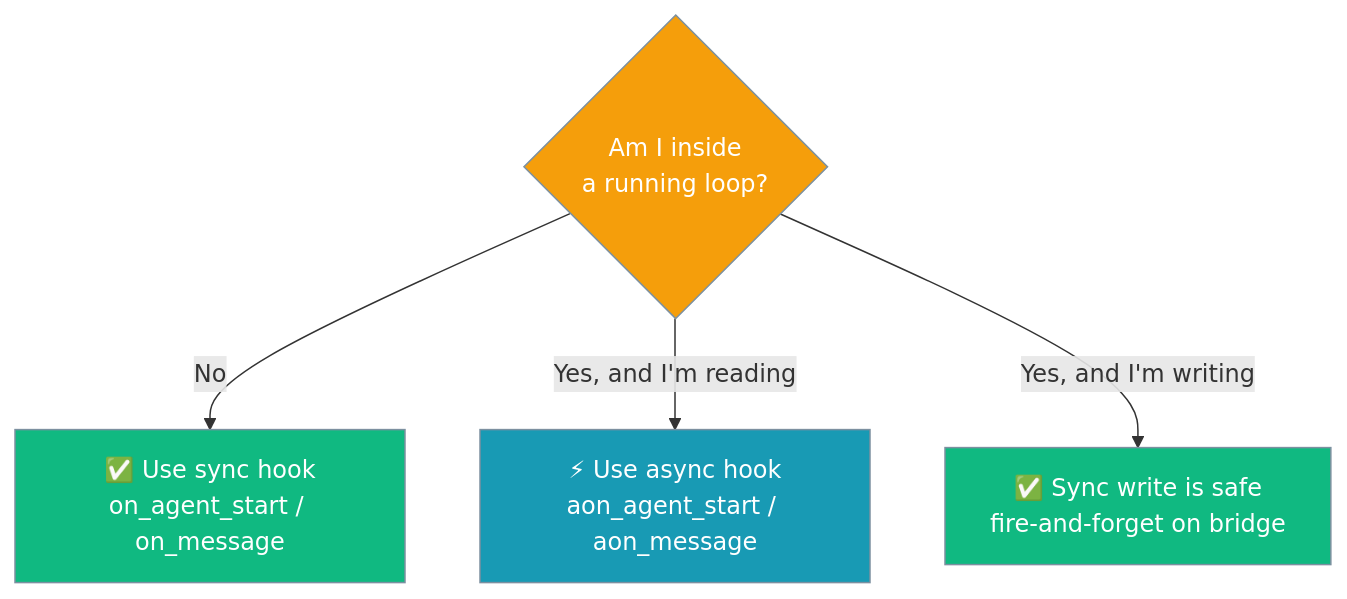
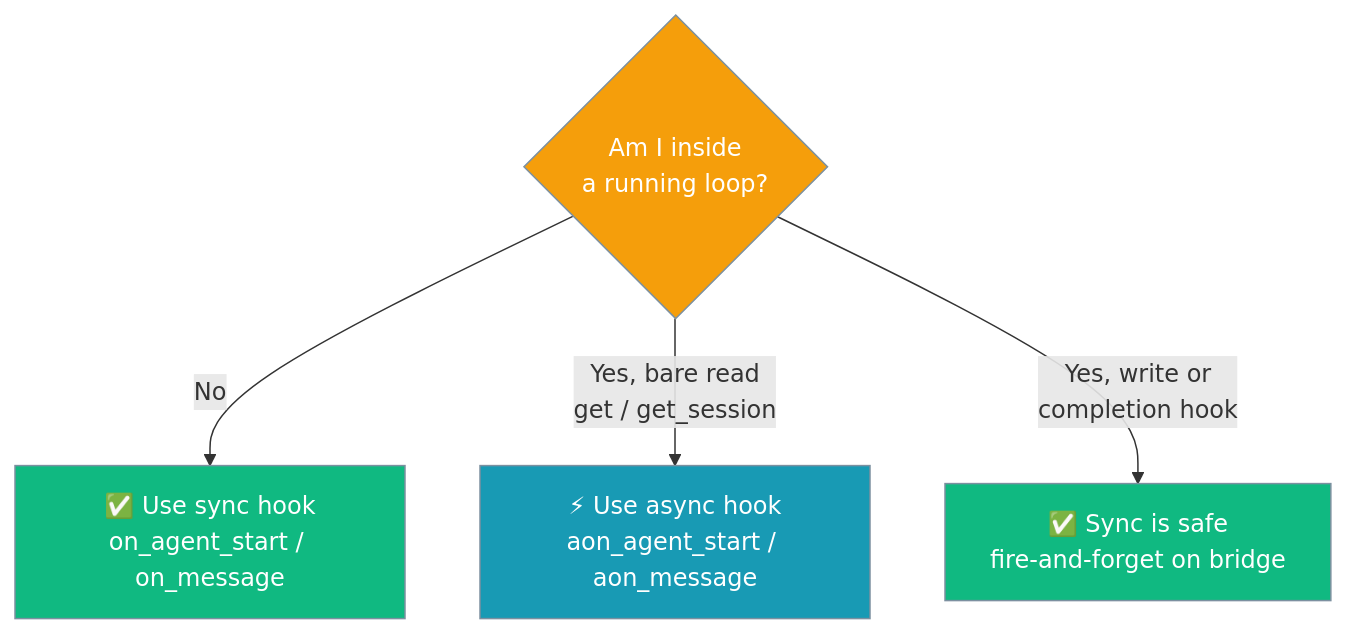
Before and after one commit to MervinPraison/PraisonAIDocs: the fourth of 4 diagrams in docs/features/async-db-hooks.mdx, drawn with Mermaid. The commit also changed other lines of this file and 2 other files, not shown here.

First line of the commit message:
docs: async completion persistence, per-task observability isolation, lazy-cache cool-down (fixes #3999)

````diff
--- a/docs/features/async-db-hooks.mdx
+++ b/docs/features/async-db-hooks.mdx
@@ -169,15 +217,15 @@
 ```mermaid
 graph TB
     Q{Am I inside<br/>a running loop?}
     Q -->|No| Sync[✅ Use sync hook<br/>on_agent_start / on_message]
-    Q -->|Yes, and I'm reading| Async[⚡ Use async hook<br/>aon_agent_start / aon_message]
-    Q -->|Yes, and I'm writing| SyncOK[✅ Sync write is safe<br/>fire-and-forget on bridge]
+    Q -->|Yes, bare read<br/>get / get_session| Async[⚡ Use async hook<br/>aon_agent_start / aon_message]
+    Q -->|Yes, write or<br/>completion hook| SyncOK[✅ Sync is safe<br/>fire-and-forget on bridge]
 
     classDef question fill:#F59E0B,stroke:#7C90A0,color:#fff
     classDef good fill:#10B981,stroke:#7C90A0,color:#fff
     classDef async fill:#189AB4,stroke:#7C90A0,color:#fff
 
     class Q question
     class Sync,SyncOK good
     class Async async
 ```
````
